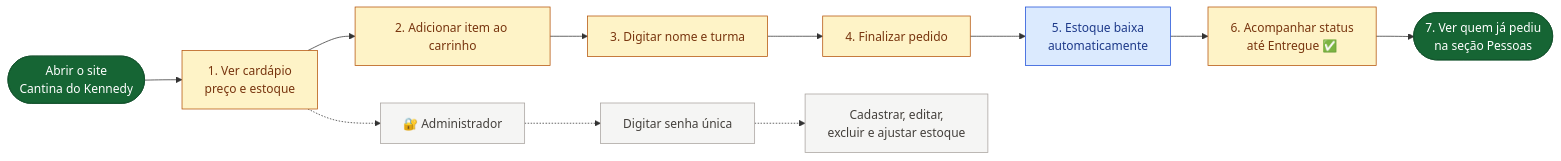
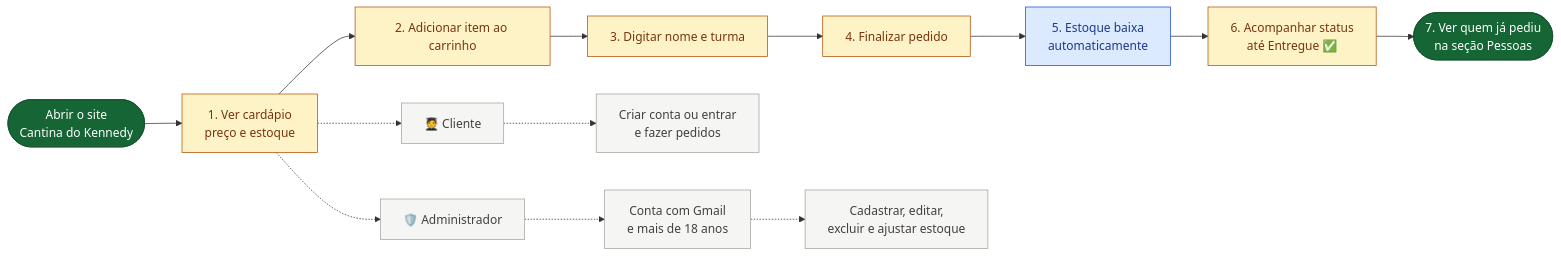
Before and after one commit to afonsomiguel700/cantina-kennedy: the diagram in fluxograma-simples.md, drawn with Mermaid. The commit also changed other lines of this file and 9 other files, not shown here.

Commit message:
Adiciona contas de cliente e administrador com senha numerica

````diff
--- a/fluxograma-simples.md
+++ b/fluxograma-simples.md
@@ -12,26 +12,28 @@
 ```mermaid
 flowchart LR
     A(["Abrir o site<br/>Cantina do Kennedy"])
     B["1. Ver cardápio<br/>preço e estoque"]
     C["2. Adicionar item ao carrinho"]
     D["3. Digitar nome e turma"]
     E["4. Finalizar pedido"]
     F["5. Estoque baixa<br/>automaticamente"]
     G["6. Acompanhar status<br/>até Entregue ✅"]
     H(["7. Ver quem já pediu<br/>na seção Pessoas"])
 
     A --> B --> C --> D --> E --> F --> G --> H
 
-    B -.-> I["🔐 Administrador"]
-    I -.-> J["Digitar senha única"]
-    J -.-> K["Cadastrar, editar,<br/>excluir e ajustar estoque"]
+    B -.-> I["🧑‍🎓 Cliente"]
+    I -.-> J["Criar conta ou entrar<br/>e fazer pedidos"]
+    B -.-> L["🛡️ Administrador"]
+    L -.-> M["Conta com Gmail<br/>e mais de 18 anos"]
+    M -.-> K["Cadastrar, editar,<br/>excluir e ajustar estoque"]
 
     classDef inicio fill:#166534,stroke:#14532d,color:#ffffff;
     classDef acao fill:#fef3c7,stroke:#b45309,color:#78350f;
     classDef salvo fill:#dbeafe,stroke:#1d4ed8,color:#1e3a8a;
     classDef extra fill:#f5f5f4,stroke:#a8a29e,color:#44403c;
     class A,H inicio;
     class B,C,D,E,G acao;
     class F salvo;
-    class I,J,K extra;
+    class I,J,L,M,K extra;
 ```
````
